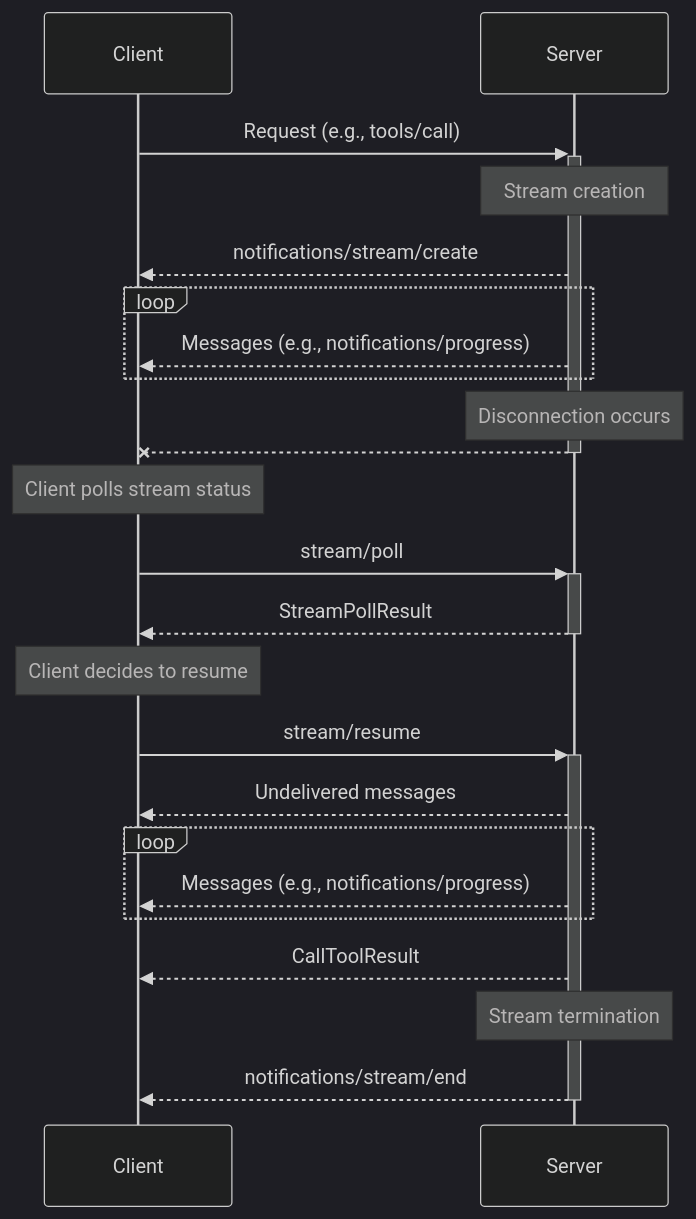
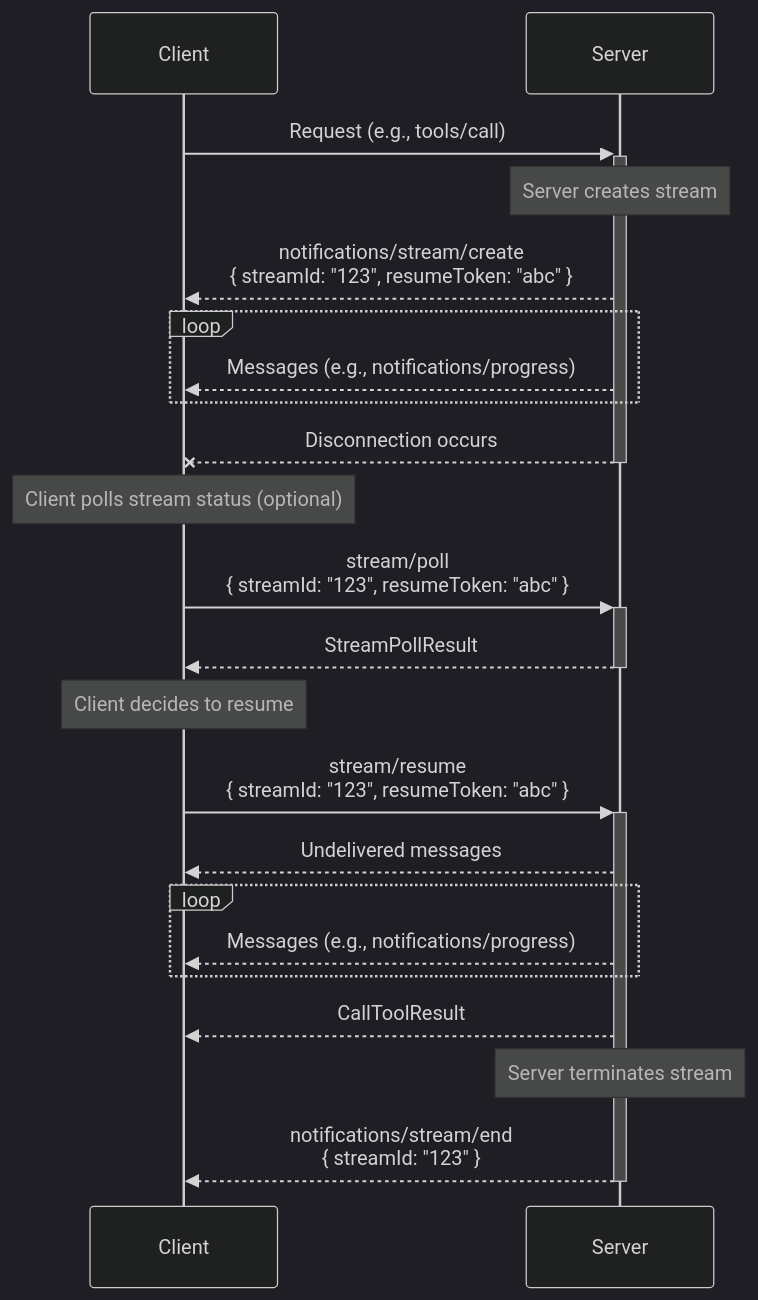
Before and after one commit to modelcontextprotocol/specification: the first of 4 diagrams in docs/specification/draft/basic/streams.mdx, drawn with Mermaid (dark theme). The commit also changed other lines of this file and 3 other files, not shown here.

````diff
--- a/docs/specification/draft/basic/streams.mdx
+++ b/docs/specification/draft/basic/streams.mdx
@@ -26,31 +26,28 @@
 ```mermaid
 sequenceDiagram
     participant Client
     participant Server
 
     Client->>+Server: Request (e.g., tools/call)
-    Note over Server: Stream creation
-    Server-->>Client: notifications/stream/create
-
+    Note over Server: Server creates stream
+    Server-->>Client: notifications/stream/create<br>{ streamId: "123", resumeToken: "abc" }
     loop
         Server-->>Client: Messages (e.g., notifications/progress)
     end
+    Server--x-Client: Disconnection occurs
 
-    Note over Server: Disconnection occurs
-    Server--x-Client:
-
-    Note over Client: Client polls stream status
-    Client->>+Server: stream/poll
+    Note over Client: Client polls stream status (optional)
+    Client->>+Server: stream/poll<br>{ streamId: "123", resumeToken: "abc" }
     Server-->>-Client: StreamPollResult
 
     Note over Client: Client decides to resume
-    Client->>+Server: stream/resume
+    Client->>+Server: stream/resume<br>{ streamId: "123", resumeToken: "abc" }
     Server-->>Client: Undelivered messages
     loop
         Server-->>Client: Messages (e.g., notifications/progress)
     end
     Server-->>Client: CallToolResult
 
-    Note over Server: Stream termination
-    Server-->>-Client: notifications/stream/end
+    Note over Server: Server terminates stream
+    Server-->>-Client: notifications/stream/end<br>{ streamId: "123" }
 ```
````
